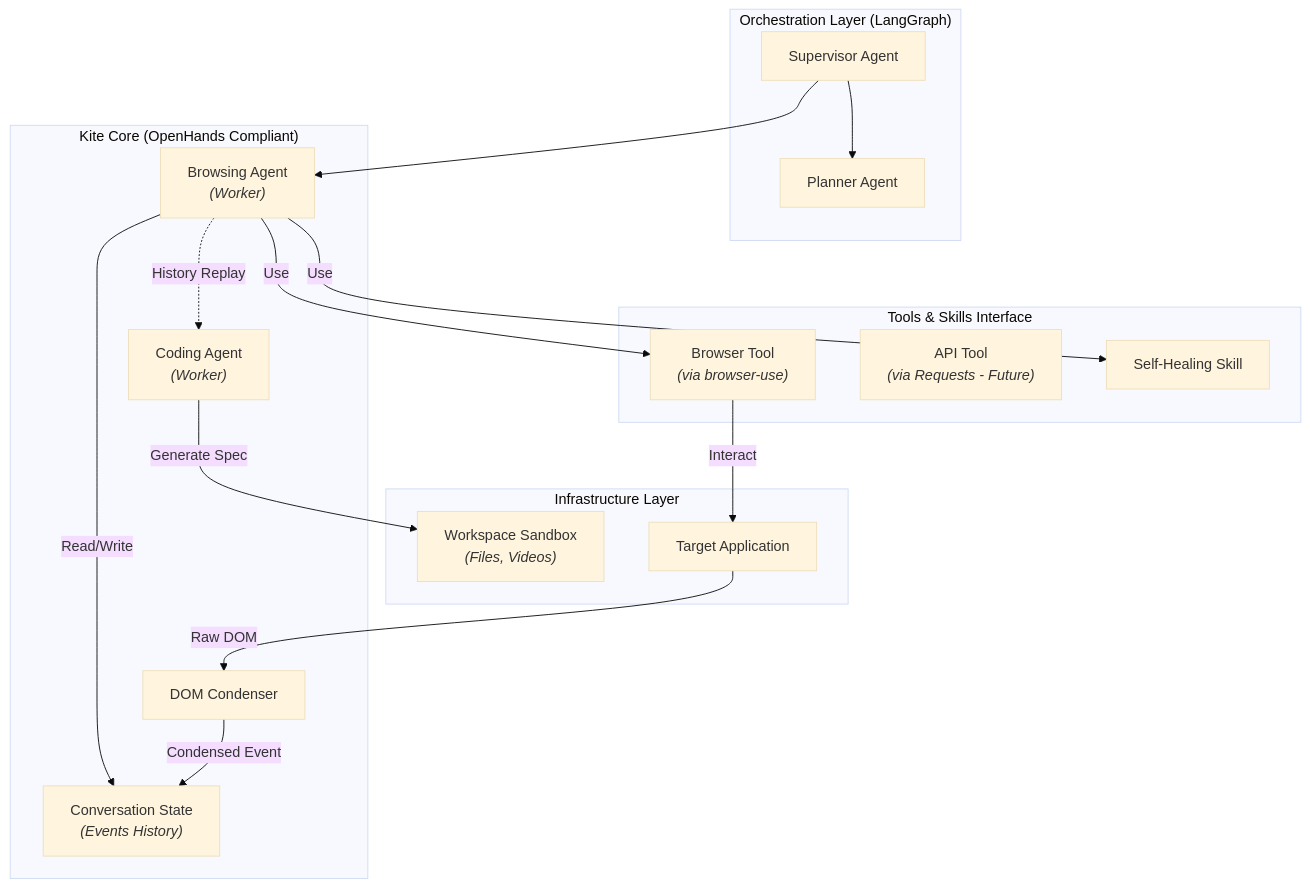
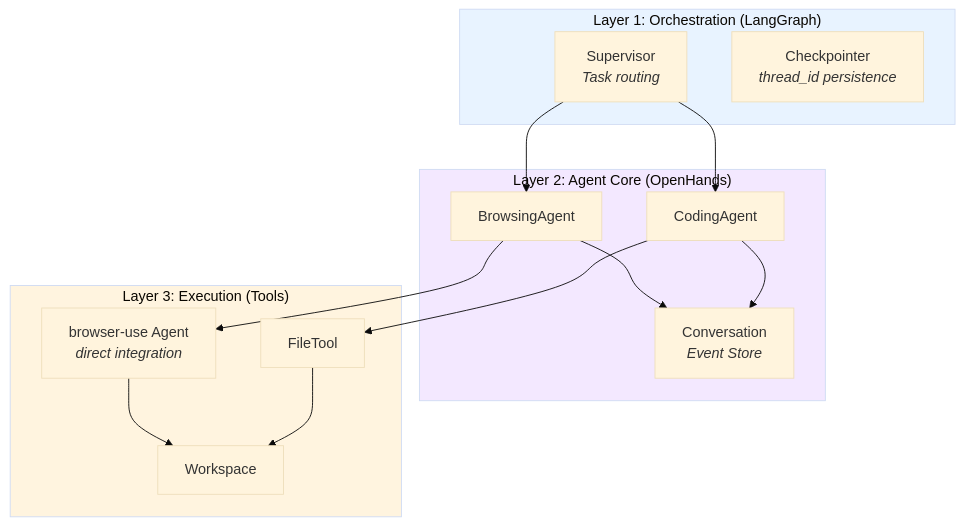
Before and after one commit to Kite-Agent/docs: the first of 4 diagrams in AGENTS.md, drawn with Mermaid (base theme). The commit also changed other lines of this file and 41 other files, not shown here.

````diff
--- a/AGENTS.md
+++ b/AGENTS.md
@@ -32,41 +19,28 @@
 ```mermaid
 flowchart TB
-    subgraph Orchestration["Orchestration Layer (LangGraph)"]
-        Supervisor["Supervisor Agent"]
-        Planner["Planner Agent"]
+    subgraph L1["Layer 1: Orchestration (LangGraph)"]
+        Supervisor["Supervisor<br><i>Task routing</i>"]
+        Memory["Checkpointer<br><i>thread_id persistence</i>"]
     end
 
-    subgraph Core["Kite Core (OpenHands Compliant)"]
-        BrowserAgent["Browsing Agent<br><i>(Worker)</i>"]
-        CoderAgent["Coding Agent<br><i>(Worker)</i>"]
-
-        Session["Conversation State<br><i>(Events History)</i>"]
-        DOMCondenser["DOM Condenser"]
+    subgraph L2["Layer 2: Agent Core (OpenHands)"]
+        Browser["BrowsingAgent"]
+        Coder["CodingAgent"]
+        Conv["Conversation<br><i>Event Store</i>"]
     end
 
-    subgraph Capabilities["Tools & Skills Interface"]
-        BrowserTool["Browser Tool<br><i>(via browser-use)</i>"]
-        APITool["API Tool<br><i>(via Requests - Future)</i>"]
-        HealSkill["Self-Healing Skill"]
+    subgraph L3["Layer 3: Execution (Tools)"]
+        BT["browser-use Agent<br><i>direct integration</i>"]
+        FT["FileTool"]
+        WS["Workspace"]
     end
 
-    subgraph Infra["Infrastructure Layer"]
-        Workspace["Workspace Sandbox<br><i>(Files, Videos)</i>"]
-        TargetApp["Target Application"]
-    end
-
-    Supervisor --> Planner
-    Supervisor --> BrowserAgent
-
-    BrowserAgent -->|Read/Write| Session
-    BrowserAgent -->|Use| BrowserTool
-    BrowserAgent -->|Use| HealSkill
-
-    BrowserTool -->|Interact| TargetApp
-    TargetApp -->|Raw DOM| DOMCondenser
-    DOMCondenser -->|Condensed Event| Session
-
-    BrowserAgent -.->|History Replay| CoderAgent
-    CoderAgent -->|Generate Spec| Workspace
-
+    Supervisor --> Browser & Coder
+    Browser & Coder --> Conv
+    Browser --> BT --> WS
+    Coder --> FT --> WS
+    
+    style L1 fill:#e8f3ff
+    style L2 fill:#f3e8ff
+    style L3 fill:#fff4df
 ```
````
